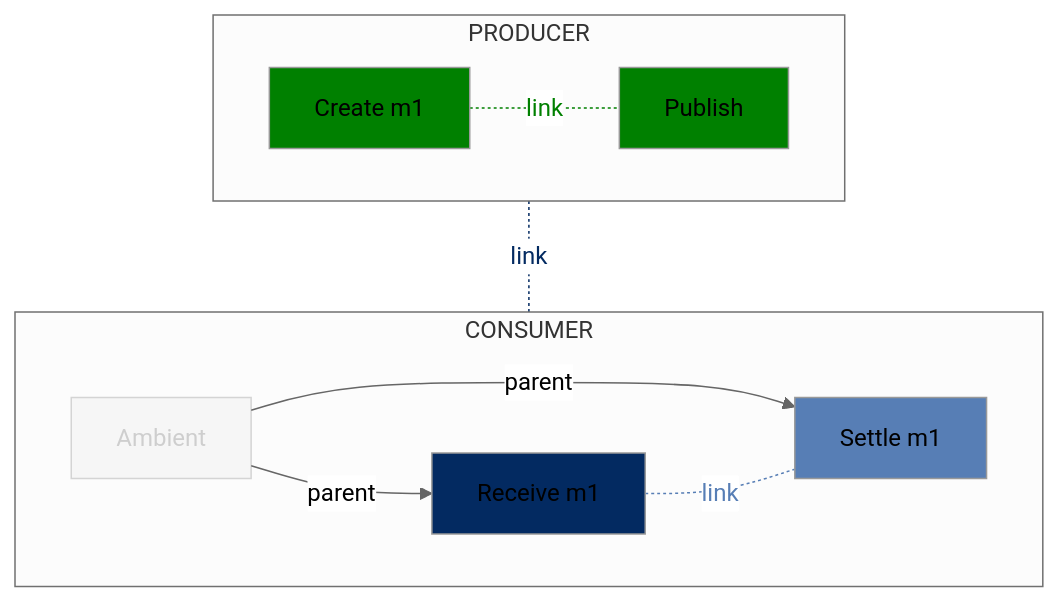
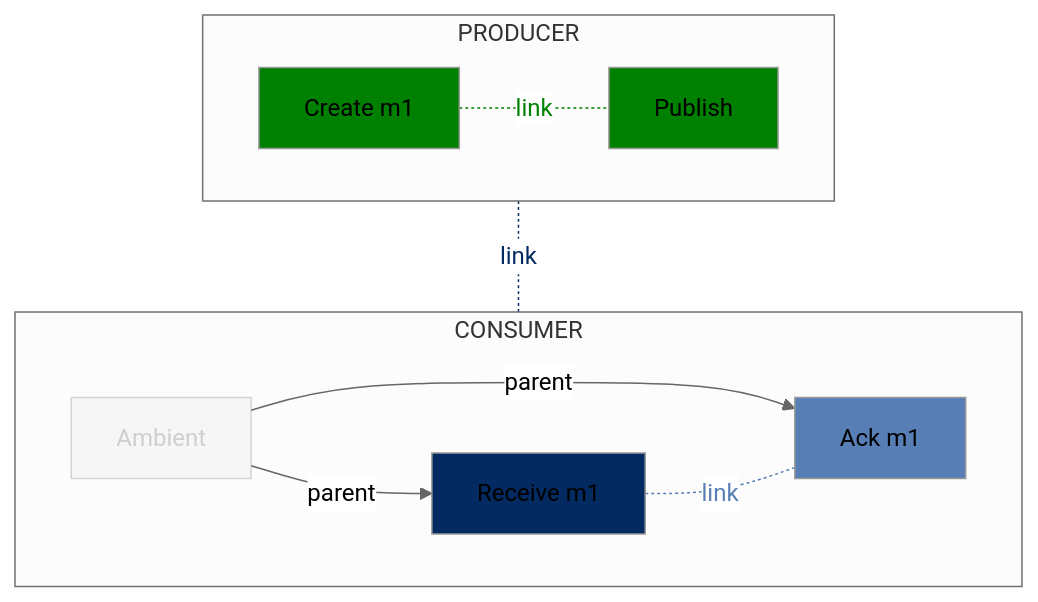
Before and after one commit to alevenberg/semantic-conventions: the tenth of 29 diagrams in docs/messaging/gcp-pubsub.md, drawn with Mermaid (neutral theme). The commit also changed other lines of this file, not shown here.

Commit message:
wip, change to ack/modack

````diff
--- a/docs/messaging/gcp-pubsub.md
+++ b/docs/messaging/gcp-pubsub.md
@@ -477,42 +477,42 @@
 ```mermaid
 flowchart TD;
   subgraph CONSUMER
   direction LR
   A[Ambient]
   R1[Receive m1]
-  SM1[Settle m1]
+  SM1[Ack m1]
   %% Link 0
   A-- parent -->R1
   %% Link 1
   A-- parent -->SM1
   end
   subgraph PRODUCER
   direction LR
   CM1[Create m1]
   PM1[Publish]
   end
   %% Link 2
   CM1-. link .-PM1;
   %% Link 3
   CM1-. link .-R1;
   %% Link 4
   R1-. link .-SM1;
 
   %% Style the node and corresponding link
   %% Producer links and nodes
   classDef producer fill:green
   class PM1,CM1 producer
   linkStyle 2 color:green,stroke:green
 
   %% Consumer links and nodes
   classDef consumer fill:#032a61
   class R1 consumer
   linkStyle 3 color:#032a61,stroke:#032a61
 
   classDef ack fill:#577eb5
   class SM1 ack
   linkStyle 4 color:#577eb5,stroke:#577eb5
 
   classDef additional opacity:0.4
   class A additional
 ```
````
